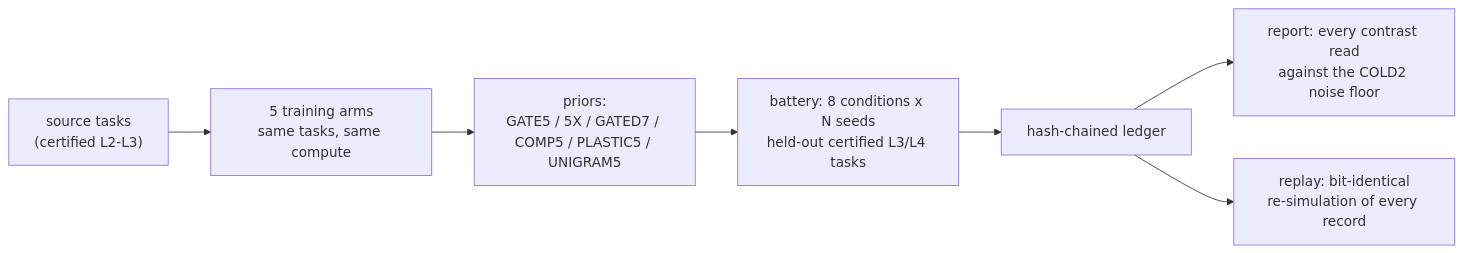
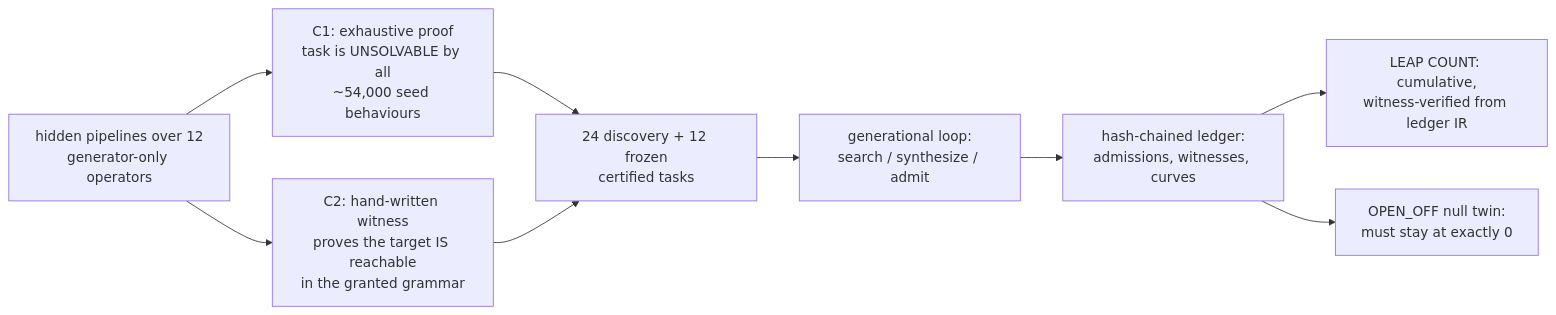
Before and after one commit to sunghunkwag/LeapForge-Gated-VM: the diagram in README.md, drawn with Mermaid. The commit also changed other lines of this file and 1 other file, not shown here.

First line of the commit message:
README: cover Expedition XIX; new animated 3D self-expansion figure

````diff
--- a/README.md
+++ b/README.md
@@ -84,9 +61,11 @@
 ```mermaid
 flowchart LR
-  A["source tasks<br/>(certified L2-L3)"] --> B["5 training arms<br/>same tasks, same compute"]
-  B --> C["priors:<br/>GATE5 / 5X / GATED7 / COMP5 / PLASTIC5 / UNIGRAM5"]
-  C --> D["battery: 8 conditions x N seeds<br/>held-out certified L3/L4 tasks"]
-  D --> E["hash-chained ledger"]
-  E --> F["report: every contrast read<br/>against the COLD2 noise floor"]
-  E --> G["replay: bit-identical<br/>re-simulation of every record"]
+  A["hidden pipelines over 12<br/>generator-only operators"] --> B["C1: exhaustive proof<br/>task is UNSOLVABLE by all<br/>~54,000 seed behaviours"]
+  A --> C["C2: hand-written witness<br/>proves the target IS reachable<br/>in the granted grammar"]
+  B --> D["24 discovery + 12 frozen<br/>certified tasks"]
+  C --> D
+  D --> E["generational loop:<br/>search / synthesize / admit"]
+  E --> F["hash-chained ledger:<br/>admissions, witnesses, curves"]
+  F --> G["LEAP COUNT: cumulative,<br/>witness-verified from ledger IR"]
+  F --> H["OPEN_OFF null twin:<br/>must stay at exactly 0"]
 ```
````
